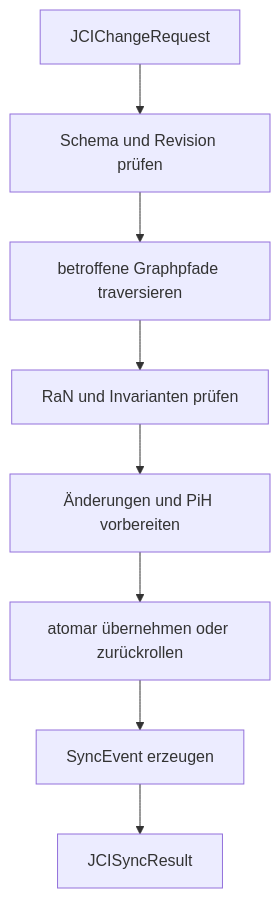
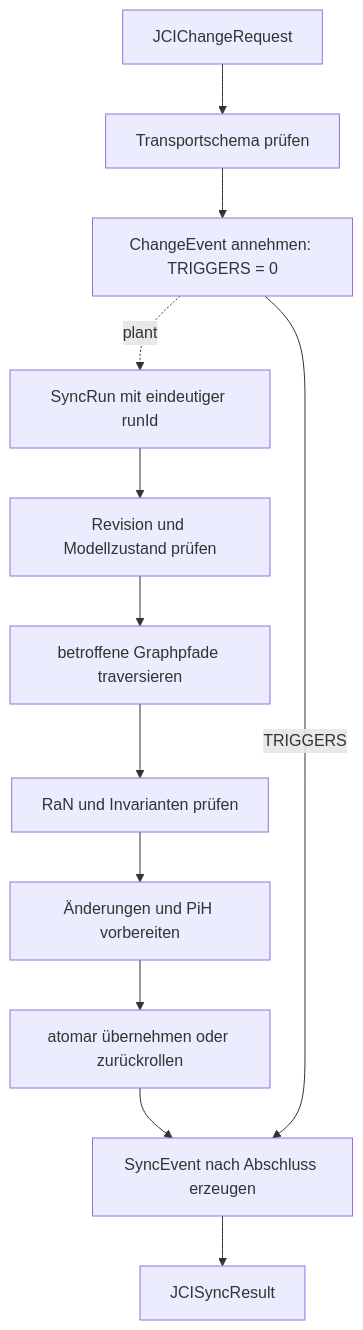
One commit to eeimicke/junaco-jci-loop changed the diagram in docs/guides/JCI_IMPLEMENTATION_GUIDE.md. Above: the diagram before and after it, drawn with Mermaid. The commit also changed other lines of this file and 29 other files, not shown here.

````diff
--- a/docs/guides/JCI_IMPLEMENTATION_GUIDE.md
+++ b/docs/guides/JCI_IMPLEMENTATION_GUIDE.md
@@ -23,10 +39,14 @@
 ```mermaid
 flowchart TD
-    Request[JCIChangeRequest] --> Validate[Schema und Revision prüfen]
+    Request[JCIChangeRequest] --> Transport[Transportschema prüfen]
+    Transport --> ChangeEvent[ChangeEvent annehmen: TRIGGERS = 0]
+    ChangeEvent -. plant .-> Run[SyncRun mit eindeutiger runId]
+    Run --> Validate[Revision und Modellzustand prüfen]
     Validate --> Traverse[betroffene Graphpfade traversieren]
     Traverse --> Rules[RaN und Invarianten prüfen]
     Rules --> Prepare[Änderungen und PiH vorbereiten]
     Prepare --> Commit[atomar übernehmen oder zurückrollen]
-    Commit --> Event[SyncEvent erzeugen]
+    Commit --> Event[SyncEvent nach Abschluss erzeugen]
+    ChangeEvent -->|TRIGGERS| Event
     Event --> Result[JCISyncResult]
 ```
````
